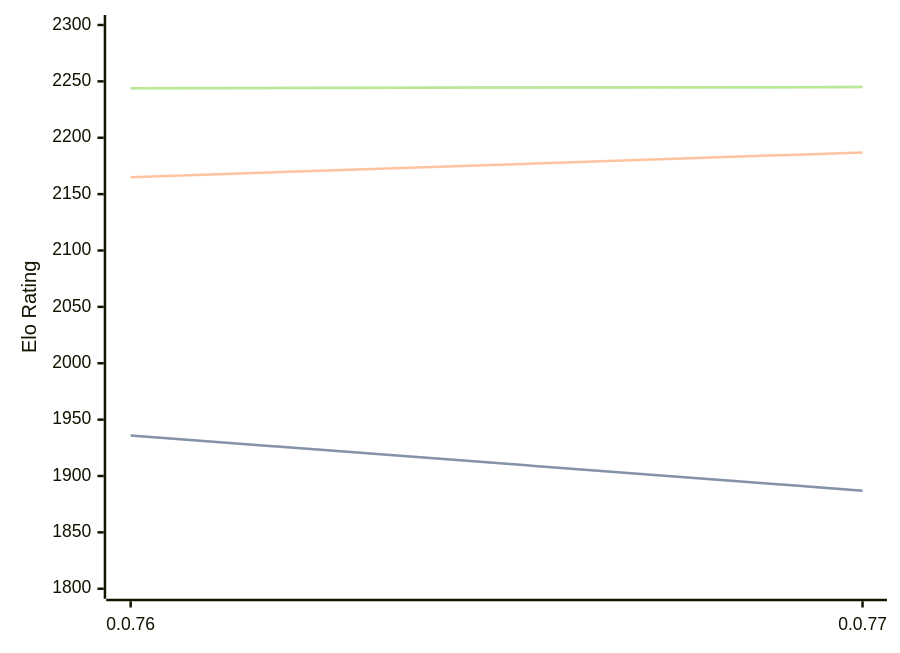
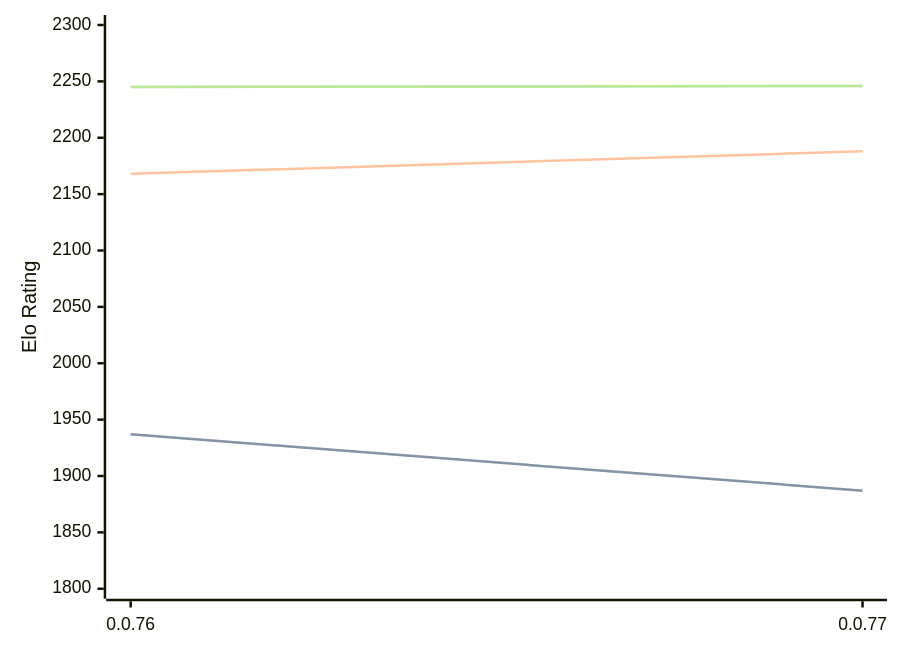
Before and after one commit to computer-chess-index/cci: the diagram in engines/Fktb.md, drawn with Mermaid. The commit also changed other lines of this file, not shown here.

Commit message:
Update CCI Ratings (ELO VLTC) - 2026-03-29

````diff
--- a/engines/Fktb.md
+++ b/engines/Fktb.md
@@ -32,11 +32,11 @@
 ```mermaid
 %%{init: {"theme":"base","themeVariables":{"seriesColors:['#a3a3a3','#222221','#faa371']}}}%%
 xychart-beta
   x-axis ["0.0.76", "0.0.77"]
   y-axis "Elo Rating" 1800 --> 2300
-  line "STC (8.0+0.08s)" [1936, 1887]
-  line "STC (8.0+0.08s)" [1936, 1887]
-  line "LTC (60.0+0.60s)" [2165, 2187]
-  line "VLTC (2m24s+1.12s)" [2244, 2245]
-  line "VLTC (2m24s+1.12s)" [2244, 2245]
+  line "STC (8.0+0.08s)" [1937, 1887]
+  line "STC (8.0+0.08s)" [1937, 1887]
+  line "LTC (60.0+0.60s)" [2168, 2188]
+  line "VLTC (2m24s+1.12s)" [2245, 2246]
+  line "VLTC (2m24s+1.12s)" [2245, 2246]
 ```
````
